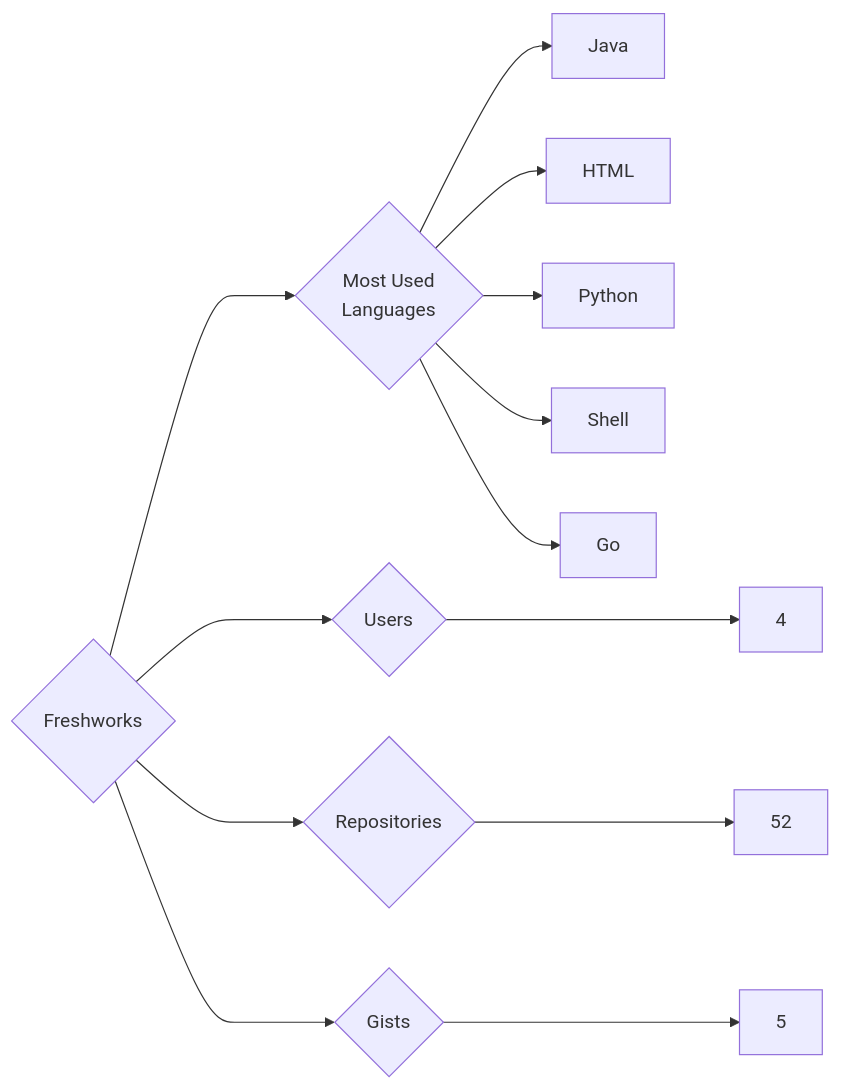
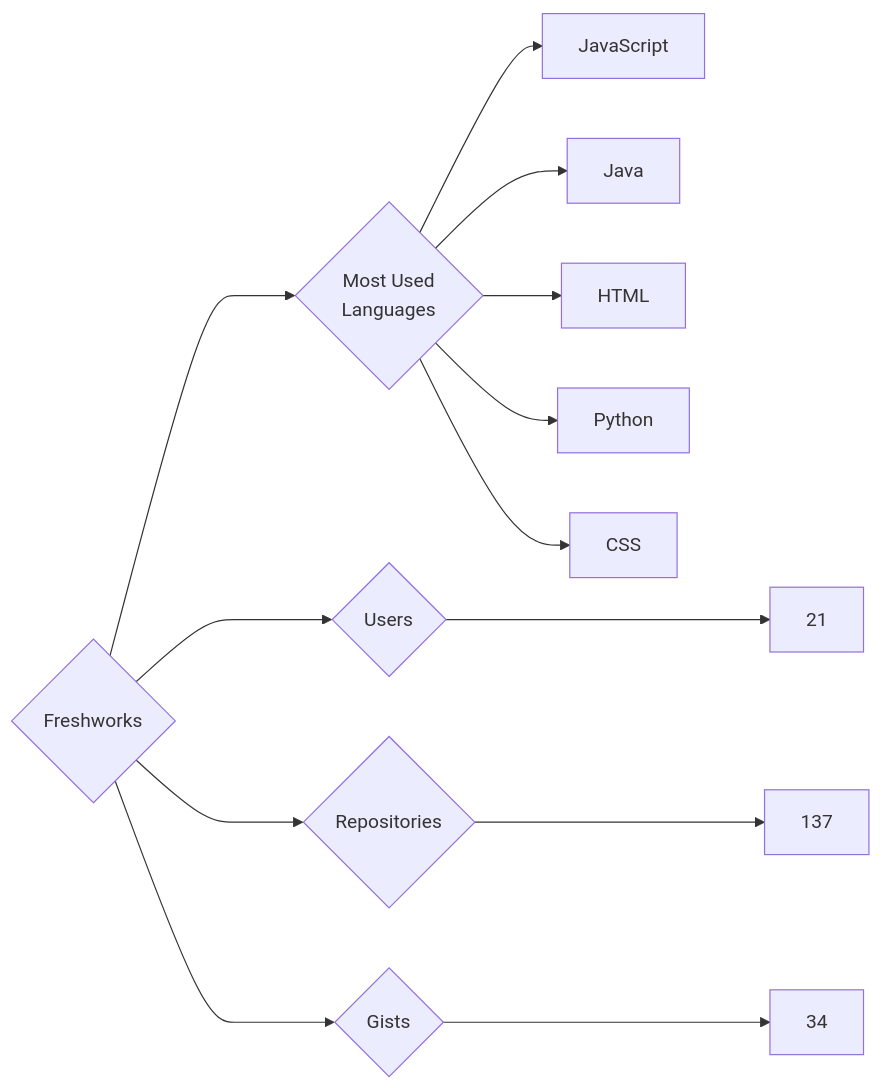
The diagram in targets/Freshworks/README.md (trickest/insiders), drawn with Mermaid before and after one commit. The commit also changed 1084 other files, not shown here.

````diff
--- a/targets/Freshworks/README.md
+++ b/targets/Freshworks/README.md
@@ -3,13 +3,13 @@
 ```mermaid
 graph LR
 COMPANY_NAME{Freshworks}
-COMPANY_NAME ---> U{Users} ---> UN[4]
-COMPANY_NAME ---> R{Repositories} ---> RN[52]
-COMPANY_NAME ---> G{Gists} ---> GN[5]
+COMPANY_NAME ---> U{Users} ---> UN[21]
+COMPANY_NAME ---> R{Repositories} ---> RN[137]
+COMPANY_NAME ---> G{Gists} ---> GN[34]
 COMPANY_NAME ---> ML{Most Used<br>Languages}
+ML --> JavaScript[JavaScript]
 ML --> Java[Java]
 ML --> HTML[HTML]
 ML --> Python[Python]
-ML --> Shell[Shell]
-ML --> Go[Go]
+ML --> CSS[CSS]
 ```
````
